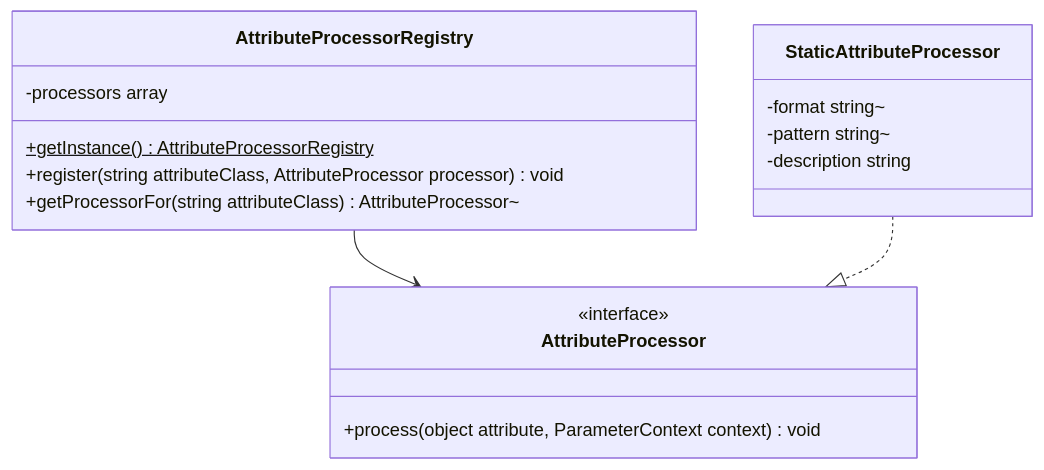
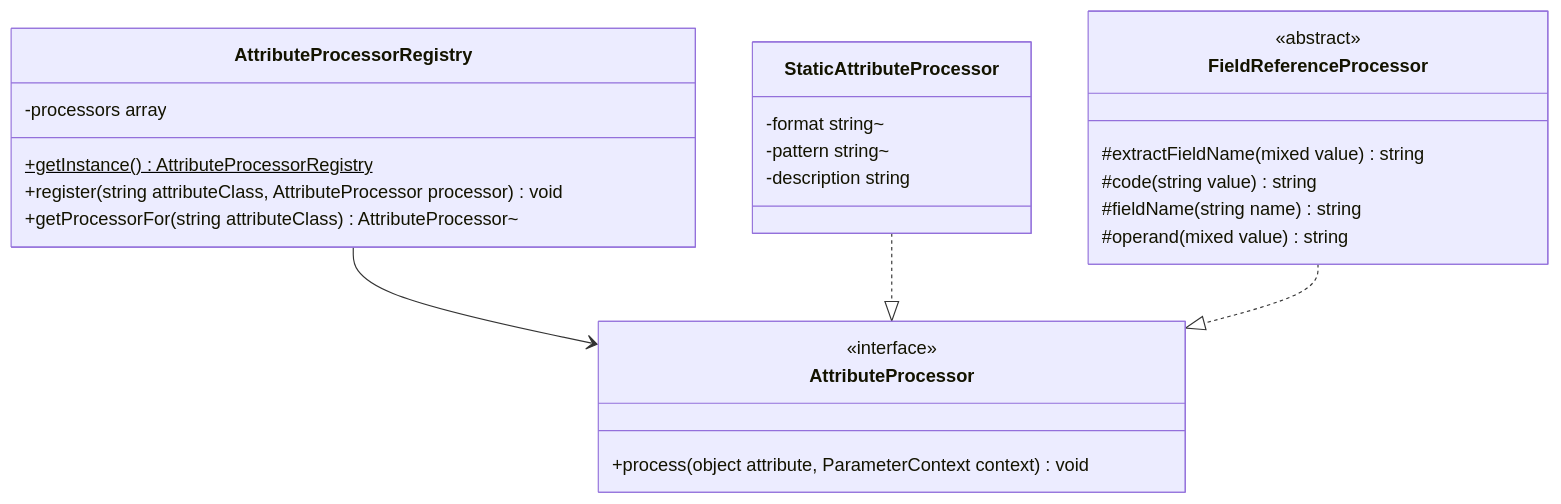
One commit to abrhadev/laravel-data-docs changed the diagram in spdd/prompt/LDD-202609251859-[Canvas]-service-attribute-processing-framework.md. Above: the diagram before and after it, drawn with Mermaid. The commit also changed other lines of this file and 48 other files, not shown here.

````diff
--- a/spdd/prompt/LDD-202609251859-[Canvas]-service-attribute-processing-framework.md
+++ b/spdd/prompt/LDD-202609251859-[Canvas]-service-attribute-processing-framework.md
@@ -18,23 +20,32 @@
 ```mermaid
 classDiagram
     class AttributeProcessor {
         <<interface>>
         +process(object attribute, ParameterContext context) void
     }
 
     class AttributeProcessorRegistry {
         -processors array
         +getInstance() AttributeProcessorRegistry$
         +register(string attributeClass, AttributeProcessor processor) void
         +getProcessorFor(string attributeClass) AttributeProcessor~
     }
 
     class StaticAttributeProcessor {
         -format string~
         -pattern string~
         -description string
     }
 
+    class FieldReferenceProcessor {
+        <<abstract>>
+        #extractFieldName(mixed value) string
+        #code(string value) string
+        #fieldName(string name) string
+        #operand(mixed value) string
+    }
+
     AttributeProcessorRegistry --> AttributeProcessor
     StaticAttributeProcessor ..|> AttributeProcessor
+    FieldReferenceProcessor ..|> AttributeProcessor
 ```
````
